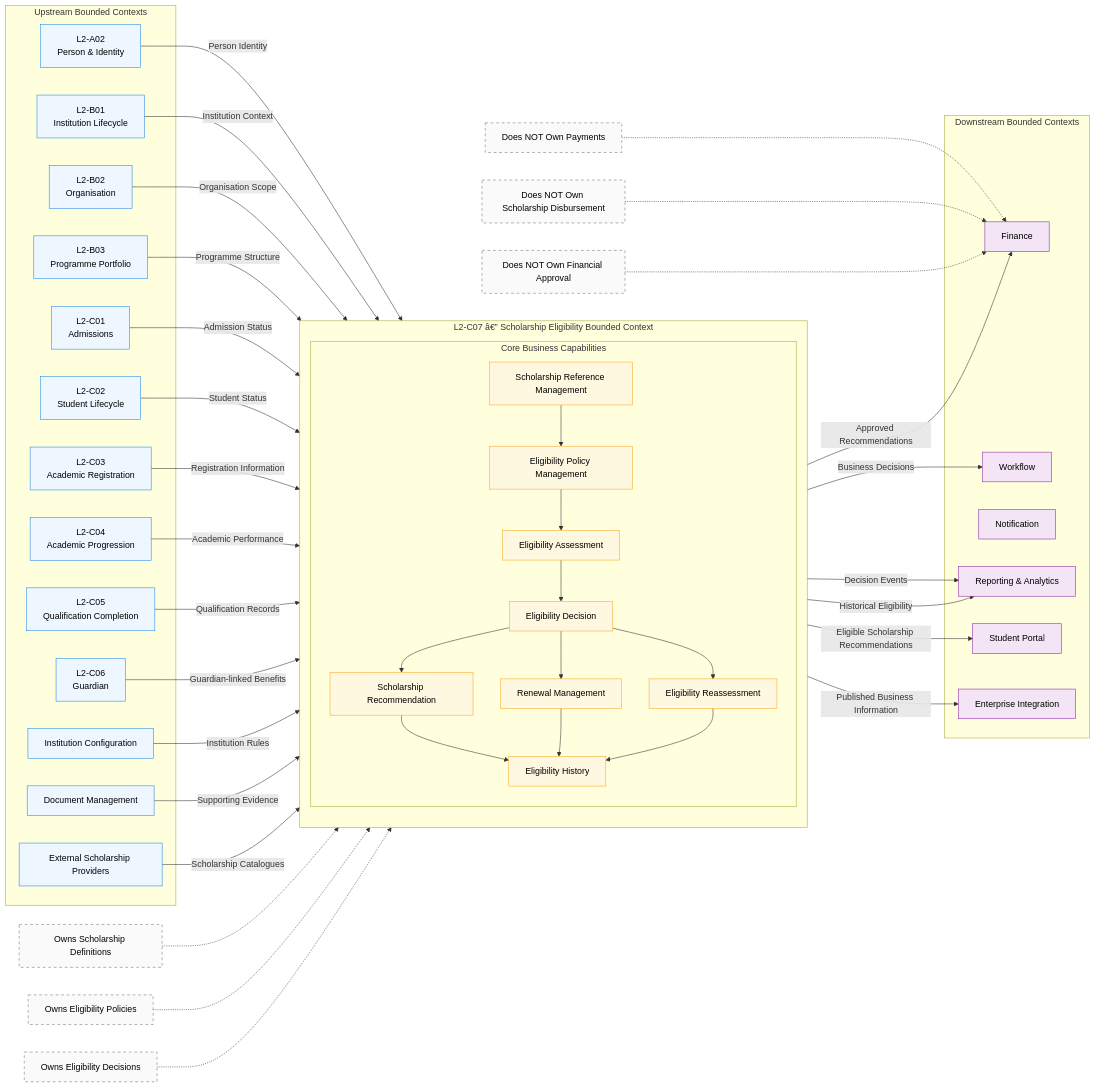
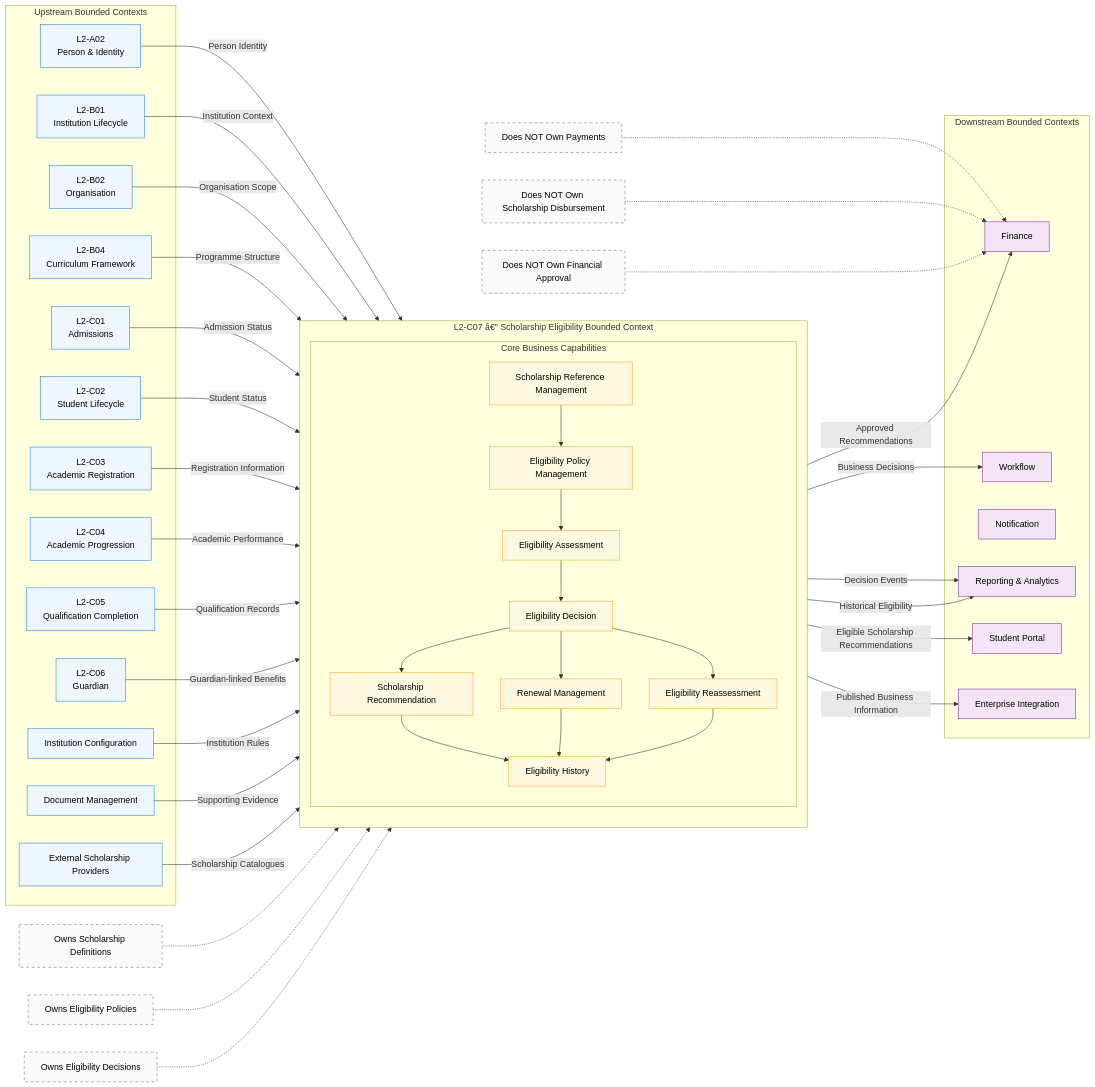
One commit to Varad1604/ERP_hark changed the second of 15 diagrams in architecture/L2_Domain_Workflow_Architecture/section-c/L2-C07_Scholarship_Eligibility_Workflows.md. Above: the diagram before and after it, drawn with Mermaid. The commit also changed other lines of this file and 108 other files, not shown here.

```diff
--- a/architecture/L2_Domain_Workflow_Architecture/section-c/L2-C07_Scholarship_Eligibility_Workflows.md
+++ b/architecture/L2_Domain_Workflow_Architecture/section-c/L2-C07_Scholarship_Eligibility_Workflows.md
@@ -2889,7 +2890,7 @@
 
 ORG["L2-B02<br/>Organisation"]
 
-PROG["L2-B03<br/>Programme Portfolio"]
+PROG["L2-B04<br/>Curriculum Framework"]
 
 ADM["L2-C01<br/>Admissions"]
 
```
